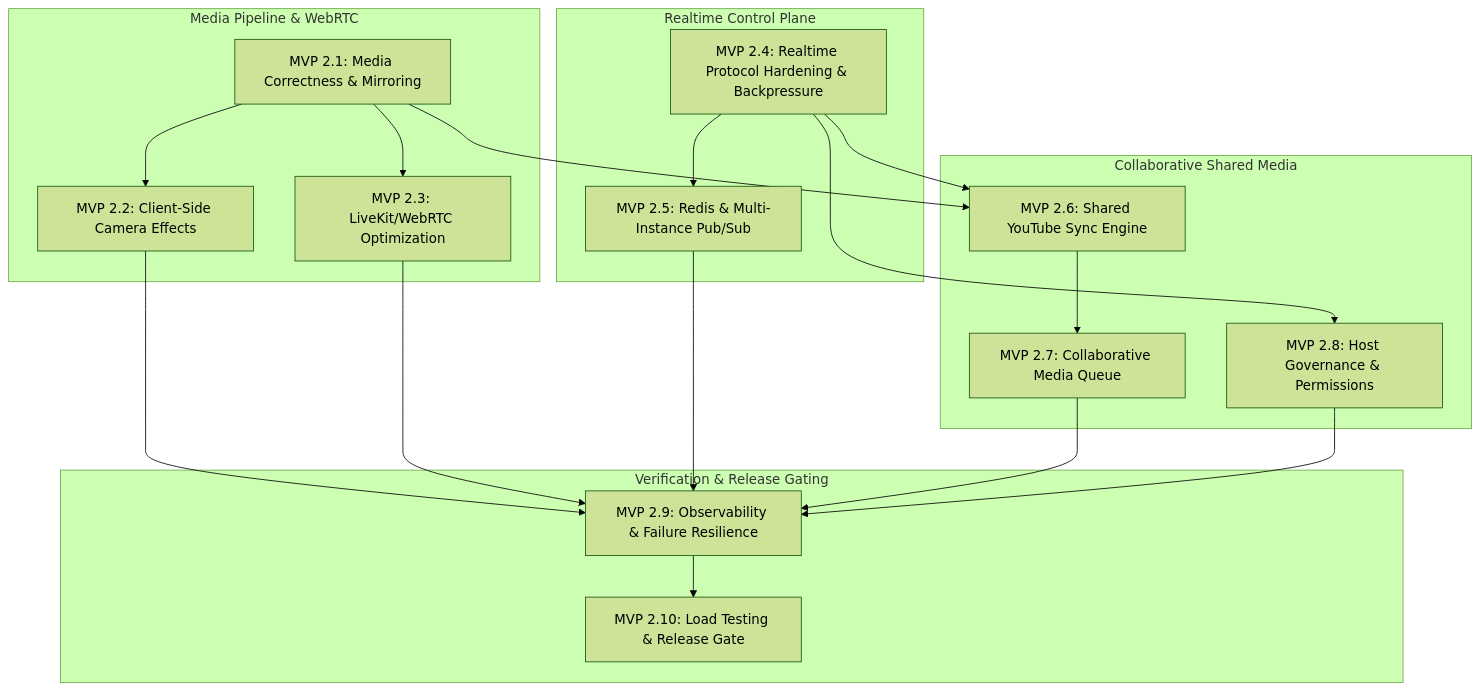
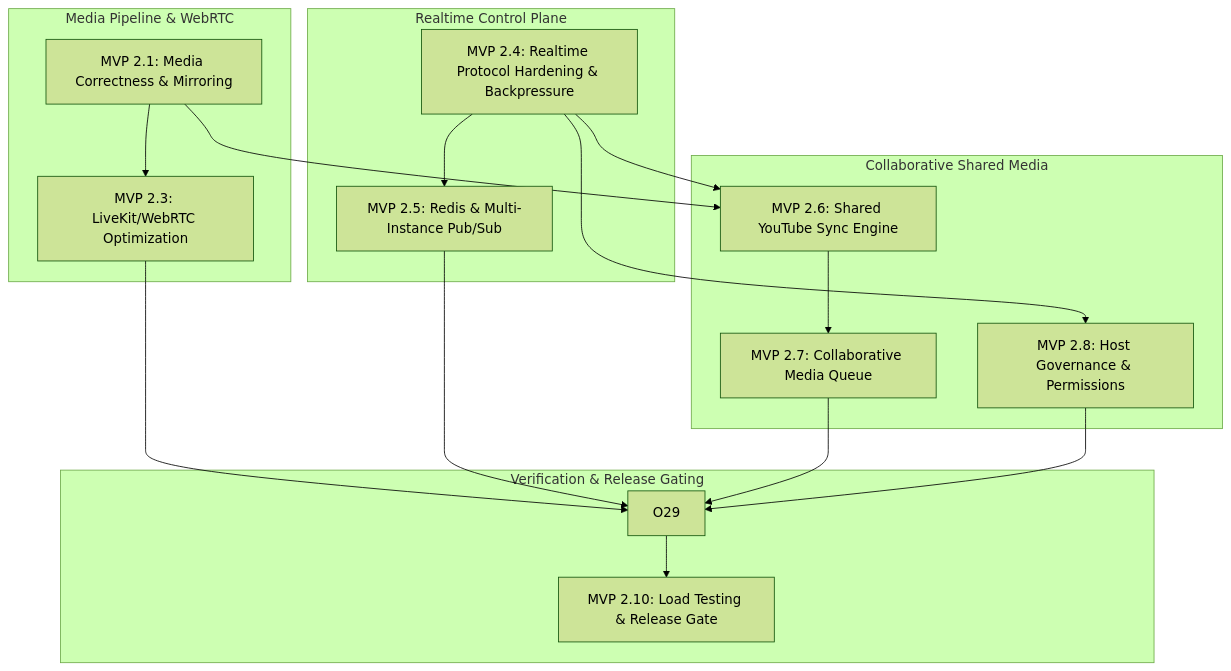
One commit to sung2708/Loft changed the diagram in docs/roadmap.md. Above: the diagram before and after it, drawn with Mermaid (forest theme). The commit also changed other lines of this file and 70 other files, not shown here.

````diff
--- a/docs/roadmap.md
+++ b/docs/roadmap.md
@@ -9,27 +9,25 @@
 ```mermaid
 flowchart TD
     subgraph Media Pipeline & WebRTC
-        M21["MVP 2.1: Media Correctness & Mirroring"] --> M22["MVP 2.2: Client-Side Camera Effects"]
-        M21 --> M23["MVP 2.3: LiveKit/WebRTC Optimization"]
+        M21["MVP 2.1: Media Correctness & Mirroring"] --> M23["MVP 2.3: LiveKit/WebRTC Optimization"]
     end
 
     subgraph Realtime Control Plane
         R24["MVP 2.4: Realtime Protocol Hardening & Backpressure"] --> R25["MVP 2.5: Redis & Multi-Instance Pub/Sub"]
     end
 
     subgraph Collaborative Shared Media
         M21 --> S26["MVP 2.6: Shared YouTube Sync Engine"]
         R24 --> S26
         S26 --> Q27["MVP 2.7: Collaborative Media Queue"]
         R24 --> P28["MVP 2.8: Host Governance & Permissions"]
     end
 
     subgraph Verification & Release Gating
-        M22 --> O29["MVP 2.9: Observability & Failure Resilience"]
         M23 --> O29
         R25 --> O29
         Q27 --> O29
         P28 --> O29
         O29 --> L210["MVP 2.10: Load Testing & Release Gate"]
     end
 ```
````
